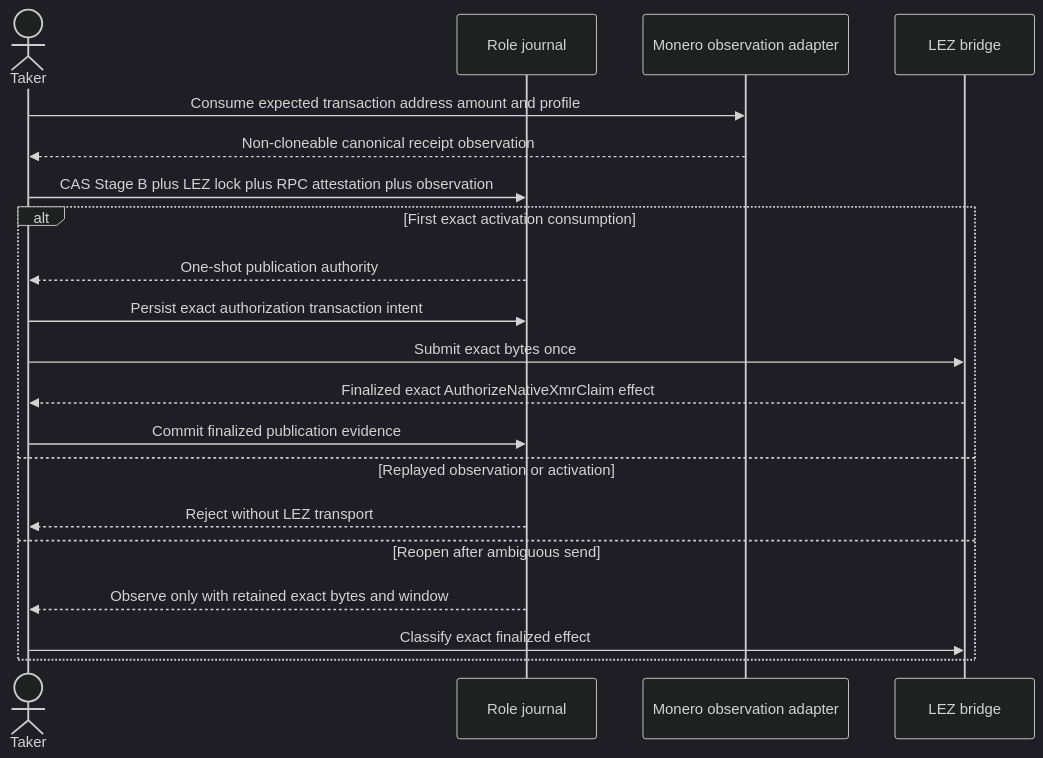
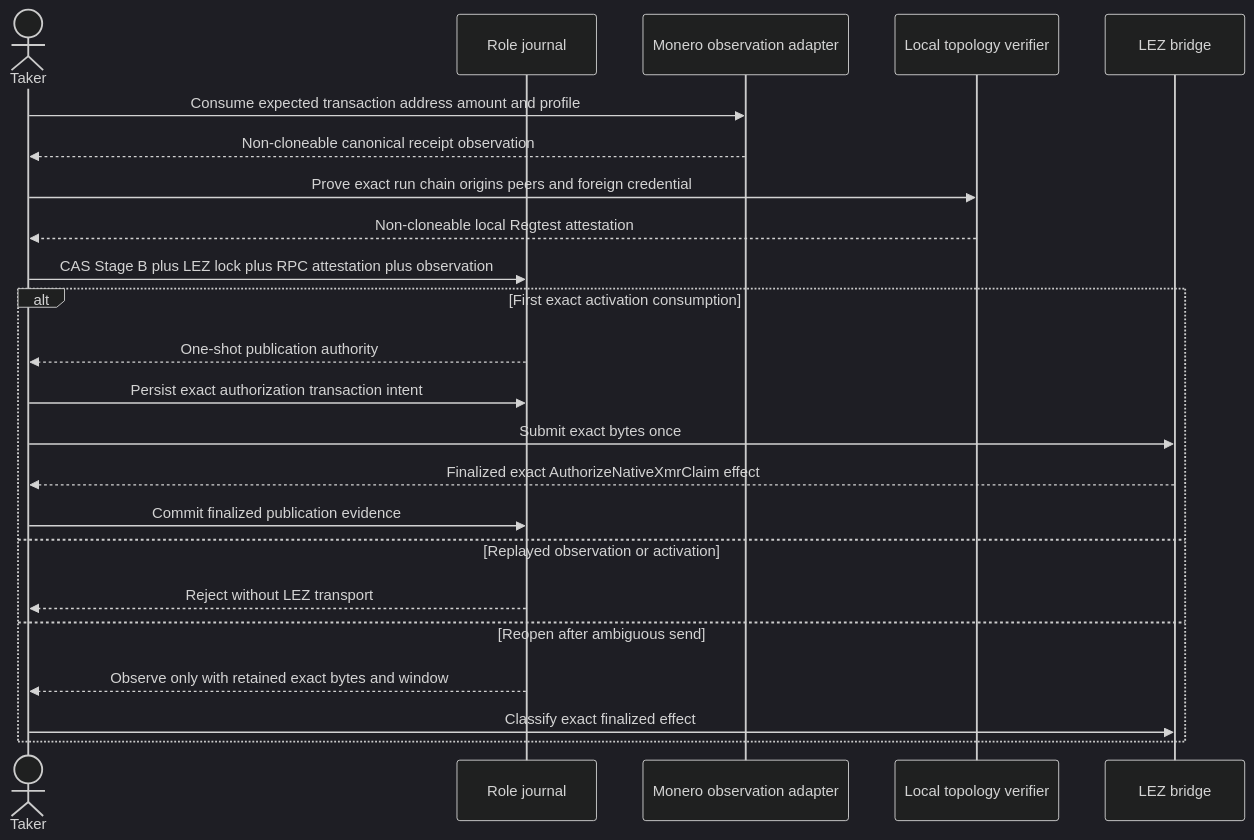
The second of 2 diagrams in docs/architecture/0059-separate-monero-observation-from-release-authority.md (gateway-fm/lez-atomic-swaps), drawn with Mermaid (dark theme) before and after one commit. The commit also changed other lines of this file and 21 other files, not shown here.

````diff
--- a/docs/architecture/0059-separate-monero-observation-from-release-authority.md
+++ b/docs/architecture/0059-separate-monero-observation-from-release-authority.md
@@ -80,23 +101,26 @@
 ```mermaid
 sequenceDiagram
     actor Taker
     participant Store as Role journal
     participant Xmr as Monero observation adapter
+    participant Topology as Local topology verifier
     participant Lez as LEZ bridge
 
     Taker->>Xmr: Consume expected transaction address amount and profile
     Xmr-->>Taker: Non-cloneable canonical receipt observation
+    Taker->>Topology: Prove exact run chain origins peers and foreign credential
+    Topology-->>Taker: Non-cloneable local Regtest attestation
     Taker->>Store: CAS Stage B plus LEZ lock plus RPC attestation plus observation
     alt First exact activation consumption
         Store-->>Taker: One-shot publication authority
         Taker->>Store: Persist exact authorization transaction intent
         Taker->>Lez: Submit exact bytes once
         Lez-->>Taker: Finalized exact AuthorizeNativeXmrClaim effect
         Taker->>Store: Commit finalized publication evidence
     else Replayed observation or activation
         Store-->>Taker: Reject without LEZ transport
     else Reopen after ambiguous send
         Store-->>Taker: Observe only with retained exact bytes and window
         Taker->>Lez: Classify exact finalized effect
     end
 ```
````
